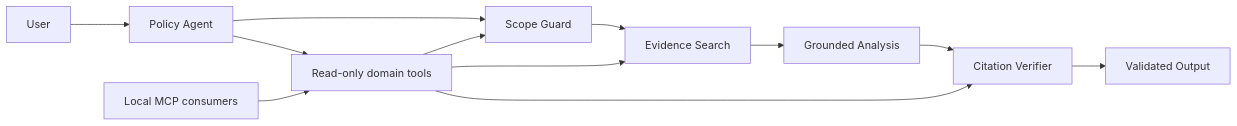
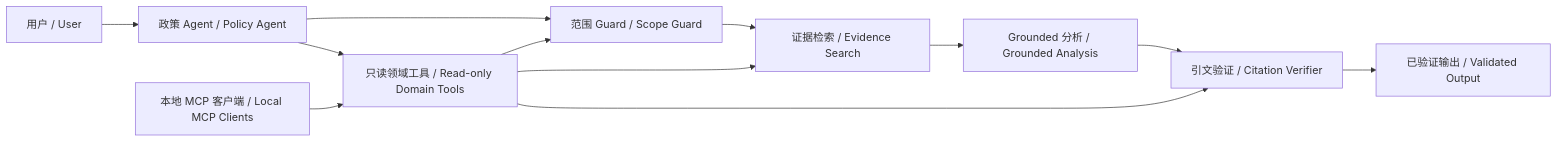
The diagram in README.md (YushenSun/china-policy-intelligence-rag), drawn with Mermaid before and after one commit. The commit also changed other lines of this file and 9 other files, not shown here.

````diff
--- a/README.md
+++ b/README.md
@@ -87,14 +56,14 @@
 ```mermaid
 flowchart LR
-    U["User"] --> A["Policy Agent"]
-    A --> S["Scope Guard"]
-    S --> E["Evidence Search"]
-    E --> G["Grounded Analysis"]
-    G --> V["Citation Verifier"]
-    V --> O["Validated Output"]
-    M["Local MCP consumers"] --> T["Read-only domain tools"]
+    U["用户 / User"] --> A["政策 Agent / Policy Agent"]
+    A --> S["范围 Guard / Scope Guard"]
+    S --> E["证据检索 / Evidence Search"]
+    E --> G["Grounded 分析 / Grounded Analysis"]
+    G --> V["引文验证 / Citation Verifier"]
+    V --> O["已验证输出 / Validated Output"]
+    M["本地 MCP 客户端 / Local MCP Clients"] --> T["只读领域工具 / Read-only Domain Tools"]
     A --> T
     T --> S
     T --> E
     T --> V
 ```
````
